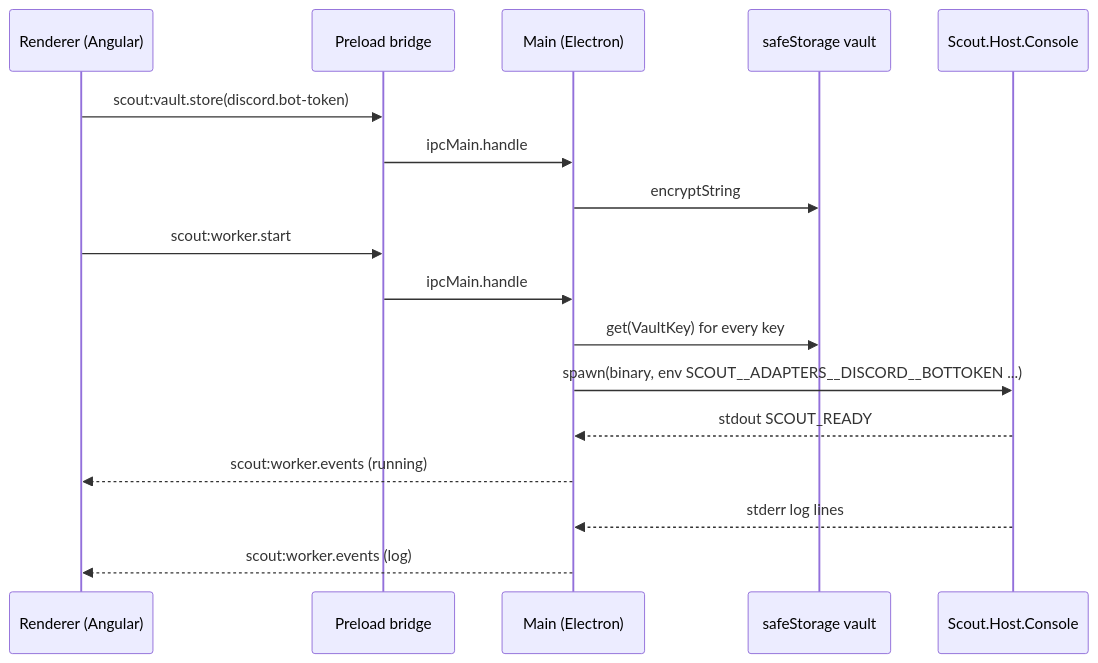
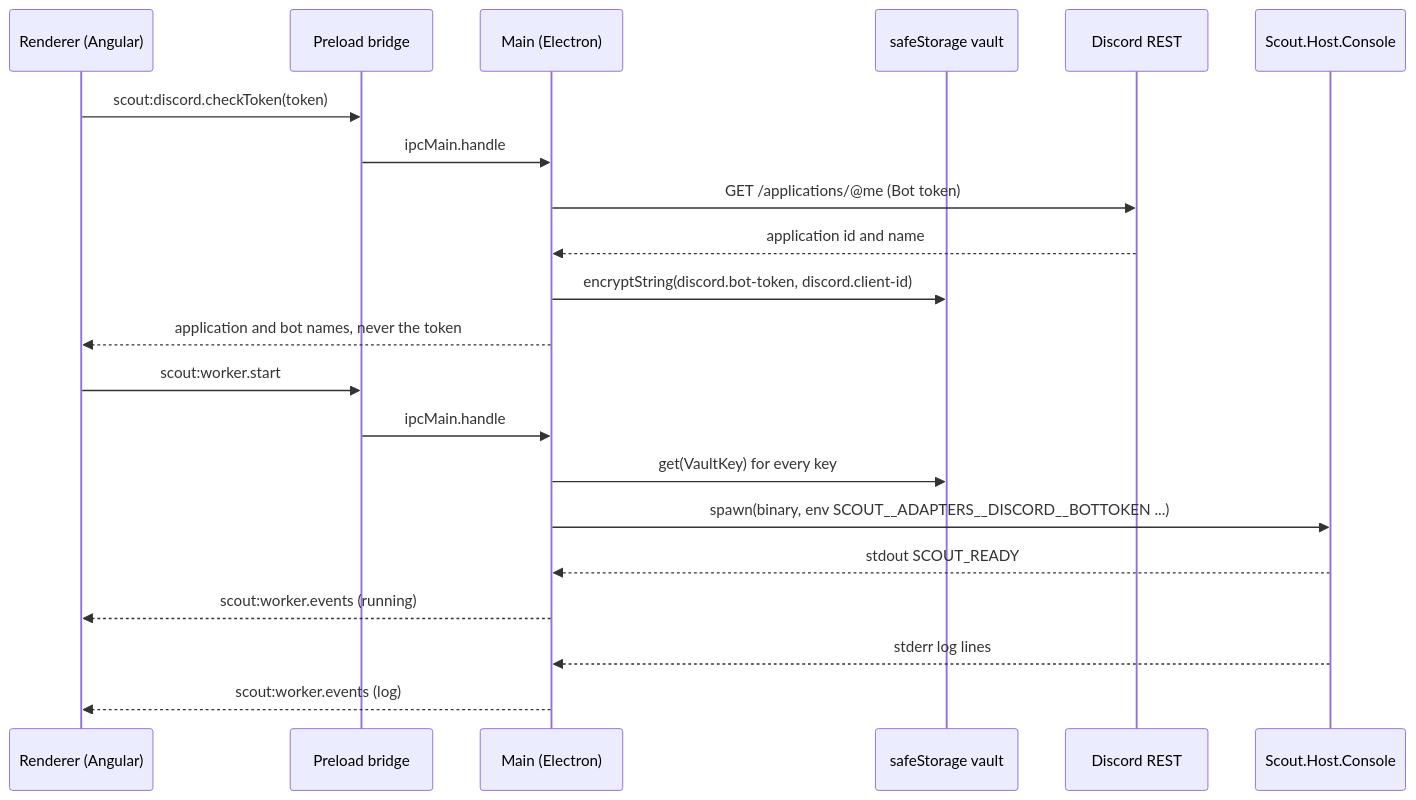
One commit to vitorafgomes/scout changed the diagram in vault/pages/services/desktop-ui.md. Above: the diagram before and after it, drawn with Mermaid. The commit also changed other lines of this file and 195 other files, not shown here.

````diff
--- a/vault/pages/services/desktop-ui.md
+++ b/vault/pages/services/desktop-ui.md
@@ -71,19 +77,23 @@
 ```mermaid
 sequenceDiagram
     participant R as Renderer (Angular)
     participant P as Preload bridge
     participant M as Main (Electron)
     participant V as safeStorage vault
+    participant D as Discord REST
     participant W as Scout.Host.Console
-    R->>P: scout:vault.store(discord.bot-token)
+    R->>P: scout:discord.checkToken(token)
     P->>M: ipcMain.handle
-    M->>V: encryptString
+    M->>D: GET /applications/@me (Bot token)
+    D-->>M: application id and name
+    M->>V: encryptString(discord.bot-token, discord.client-id)
+    M-->>R: application and bot names, never the token
     R->>P: scout:worker.start
     P->>M: ipcMain.handle
     M->>V: get(VaultKey) for every key
     M->>W: spawn(binary, env SCOUT__ADAPTERS__DISCORD__BOTTOKEN ...)
     W-->>M: stdout SCOUT_READY
     M-->>R: scout:worker.events (running)
     W-->>M: stderr log lines
     M-->>R: scout:worker.events (log)
 ```
````
